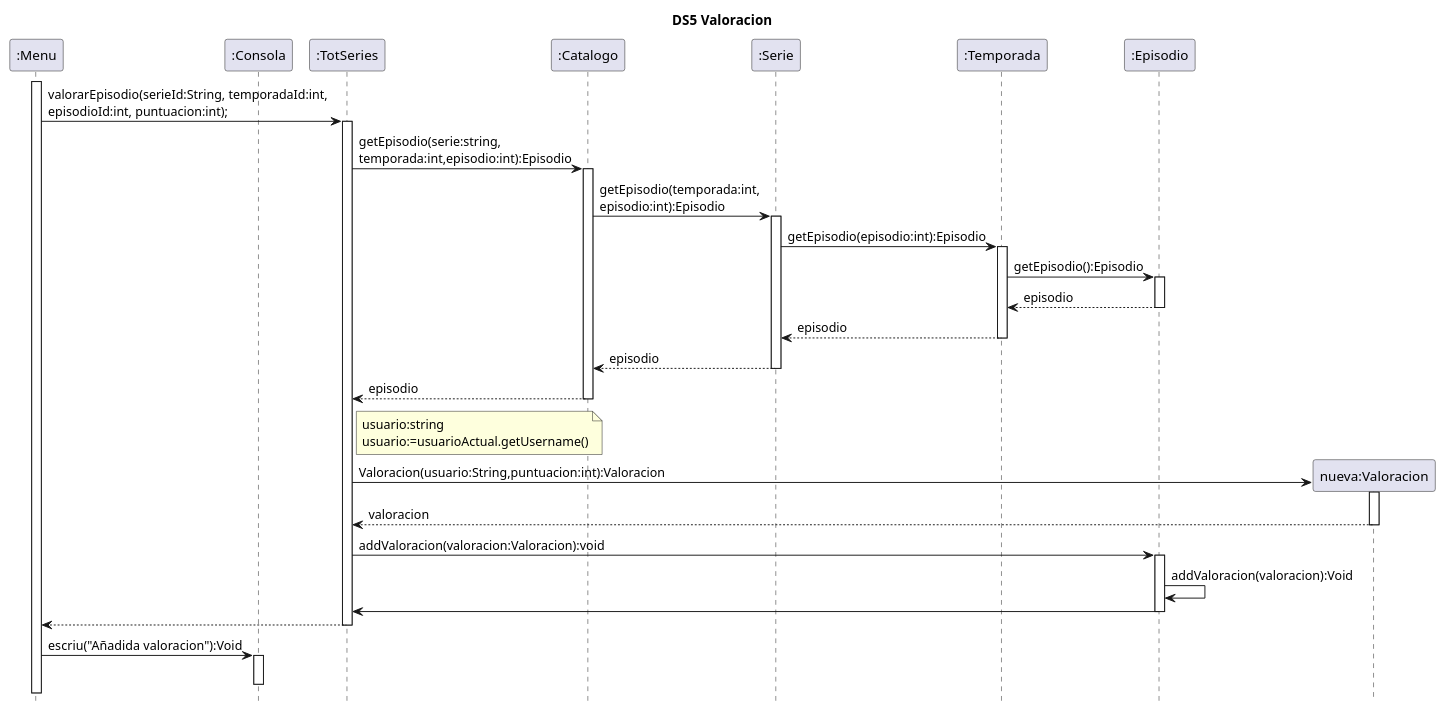
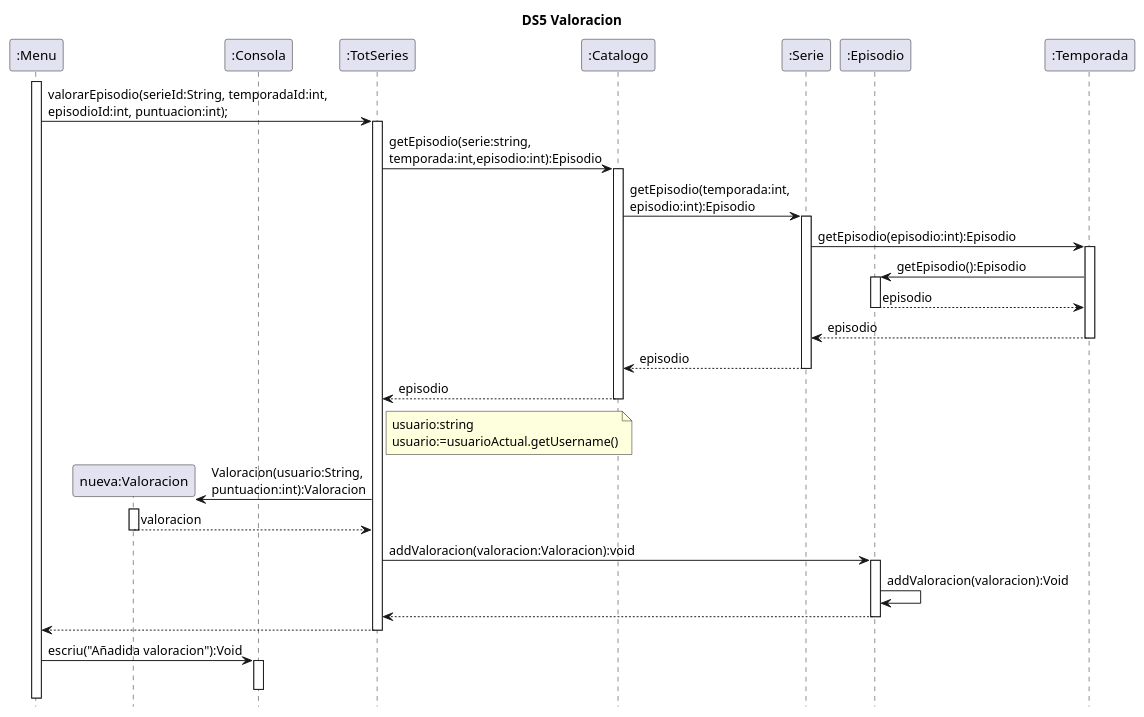
One commit to MrViciao/TotSeries changed the diagram in src/totseries/Uml/Secuencia/Diagrama de Secuencia UC5.puml. Above: the diagram before and after it, drawn with PlantUML. The commit also changed 7 other files, not shown here.

```diff
--- a/src/totseries/Uml/Secuencia/Diagrama de Secuencia UC5.puml
+++ b/src/totseries/Uml/Secuencia/Diagrama de Secuencia UC5.puml
@@ -1,58 +1,58 @@
 @startuml
 title	DS5 Valoracion	
 hide	footbox
 
 participant ":Menu" as Menu
+participant "nueva:Valoracion" as Valoracion
 participant ":Consola" as Consola
 participant ":TotSeries" as TotSeries
-
 participant ":Catalogo" as Catalogo
 participant ":Serie" as Serie
+participant ":Episodio" as Episodio
 participant ":Temporada" as Temporada
-participant ":Episodio" as Episodio
-participant "nueva:Valoracion" as Valoracion
+
 
 
 
 activate Menu
 Menu -> TotSeries :valorarEpisodio(serieId:String, temporadaId:int, \nepisodioId:int, puntuacion:int);
 activate TotSeries
 
 TotSeries -> Catalogo:getEpisodio(serie:string,\ntemporada:int,episodio:int):Episodio
     activate Catalogo
     Catalogo -> Serie:getEpisodio(temporada:int,\nepisodio:int):Episodio
     activate Serie
     Serie -> Temporada:getEpisodio(episodio:int):Episodio
     activate Temporada
     Temporada->Episodio:getEpisodio():Episodio
     activate Episodio
     Episodio-->Temporada:episodio
     deactivate Episodio
     Temporada-->Serie:episodio
     deactivate Temporada
     Serie --> Catalogo:episodio
     deactivate Serie
     Catalogo --> TotSeries:episodio
     deactivate Catalogo
 
 create Valoracion
 note right TotSeries
     usuario:string
     usuario:=usuarioActual.getUsername()
 end note
-TotSeries -> Valoracion:Valoracion(usuario:String,puntuacion:int):Valoracion
+TotSeries -> Valoracion:Valoracion(usuario:String,\npuntuacion:int):Valoracion
 activate Valoracion
 Valoracion --> TotSeries: valoracion
 deactivate Valoracion
 TotSeries -> Episodio: addValoracion(valoracion:Valoracion):void
 activate Episodio
 Episodio -> Episodio:addValoracion(valoracion):Void
-Episodio->TotSeries
+Episodio-->TotSeries
 deactivate Episodio
 TotSeries-->Menu
 deactivate TotSeries
 Menu->Consola : escriu("Añadida valoracion"):Void
 activate Consola
 deactivate Consola
 
 @enduml
```
